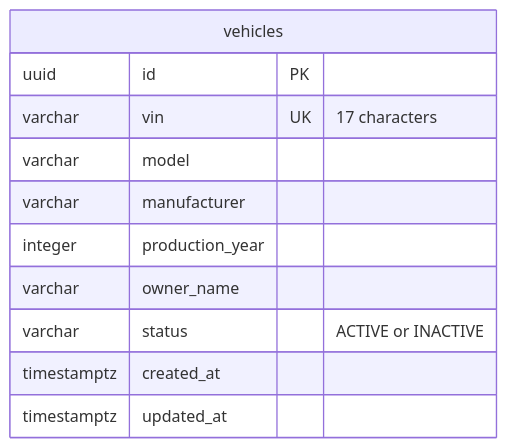
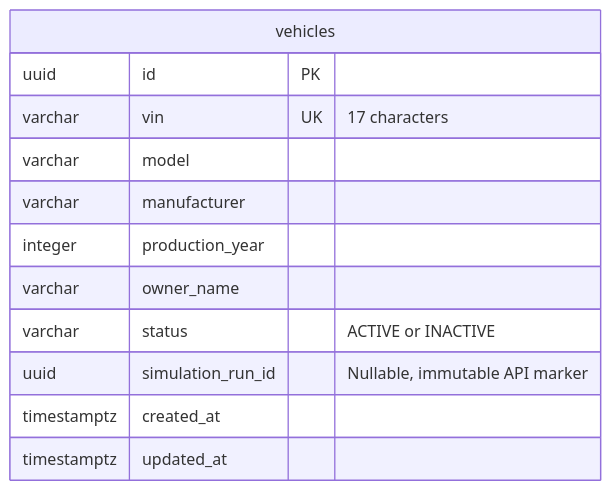
Before and after one commit to Huy-8bit/interview: the diagram in lab/docs/diagrams/sources/vehicle-erd.mmd, drawn with Mermaid. The commit also changed 143 other files, not shown here.

```diff
--- a/lab/docs/diagrams/sources/vehicle-erd.mmd
+++ b/lab/docs/diagrams/sources/vehicle-erd.mmd
@@ -1,13 +1,14 @@
 erDiagram
     %% diagram: vehicle-erd
     vehicles {
         uuid id PK
         varchar vin UK "17 characters"
         varchar model
         varchar manufacturer
         integer production_year
         varchar owner_name
         varchar status "ACTIVE or INACTIVE"
+        uuid simulation_run_id "Nullable, immutable API marker"
         timestamptz created_at
         timestamptz updated_at
     }
```
